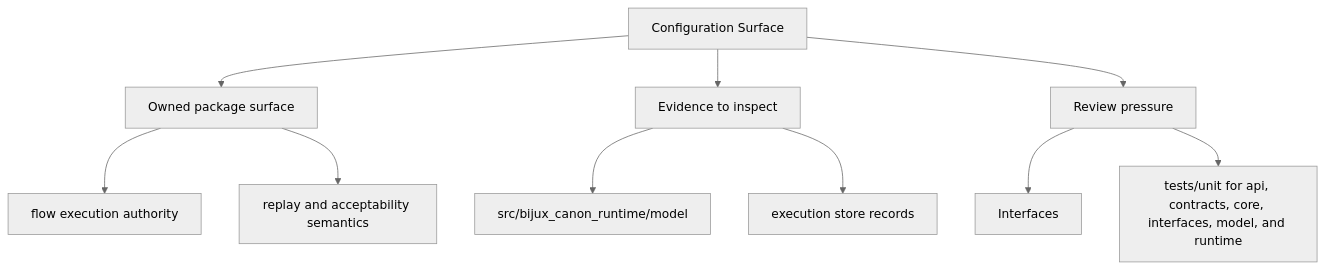
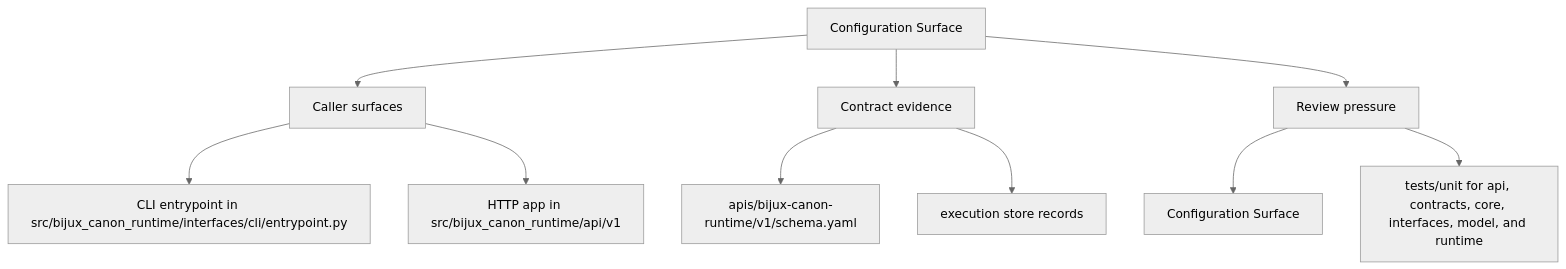
The second of 2 diagrams in docs/bijux-canon-runtime/interfaces/configuration-surface.md (bijux/bijux-canon), drawn with Mermaid (neutral theme) before and after one commit. The commit also changed other lines of this file and 250 other files, not shown here.

Commit message:
docs(diagrams): make product page maps more readable

````diff
--- a/docs/bijux-canon-runtime/interfaces/configuration-surface.md
+++ b/docs/bijux-canon-runtime/interfaces/configuration-surface.md
@@ -35,22 +35,22 @@
 ```mermaid
 flowchart TD
     page["Configuration Surface"]
-    focus1["Owned package surface"]
+    focus1["Caller surfaces"]
     page --> focus1
-    focus1_1["flow execution authority"]
+    focus1_1["CLI entrypoint in src/bijux_canon_runtime/interfaces/cli/entrypoint.py"]
     focus1 --> focus1_1
-    focus1_2["replay and acceptability semantics"]
+    focus1_2["HTTP app in src/bijux_canon_runtime/api/v1"]
     focus1 --> focus1_2
-    focus2["Evidence to inspect"]
+    focus2["Contract evidence"]
     page --> focus2
-    focus2_1["src/bijux_canon_runtime/model"]
+    focus2_1["apis/bijux-canon-runtime/v1/schema.yaml"]
     focus2 --> focus2_1
     focus2_2["execution store records"]
     focus2 --> focus2_2
     focus3["Review pressure"]
     page --> focus3
-    focus3_1["Interfaces"]
+    focus3_1["Configuration Surface"]
     focus3 --> focus3_1
     focus3_2["tests/unit for api, contracts, core, interfaces, model, and runtime"]
     focus3 --> focus3_2
 ```
````
